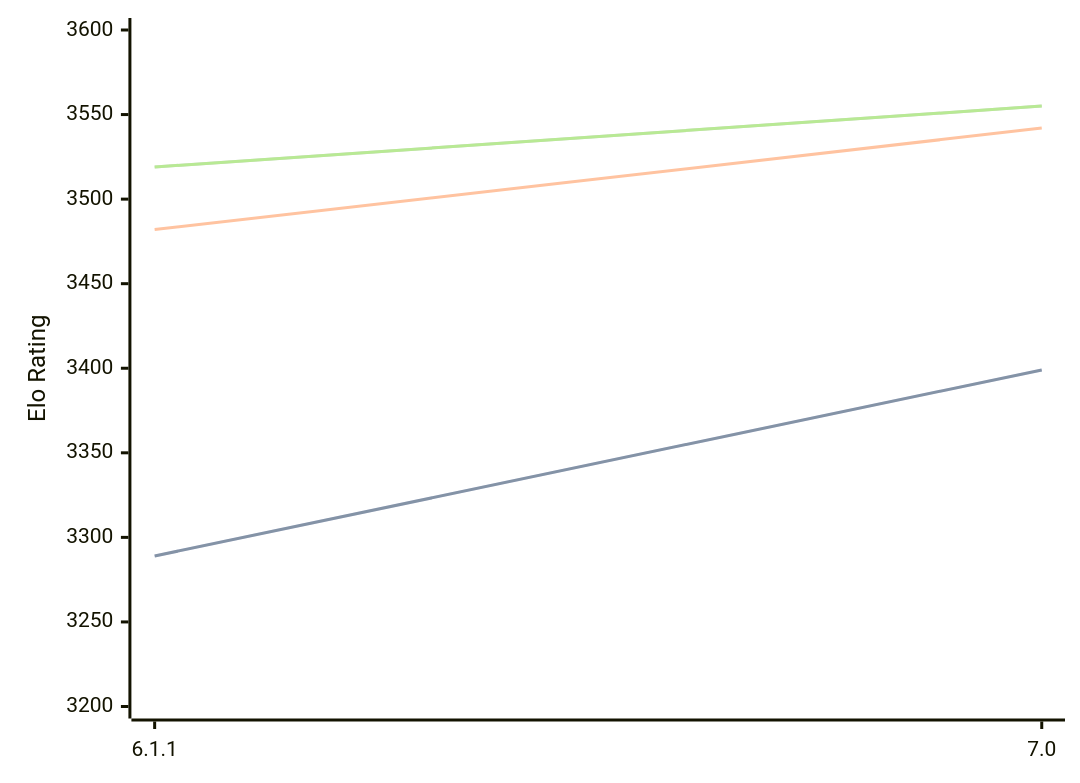
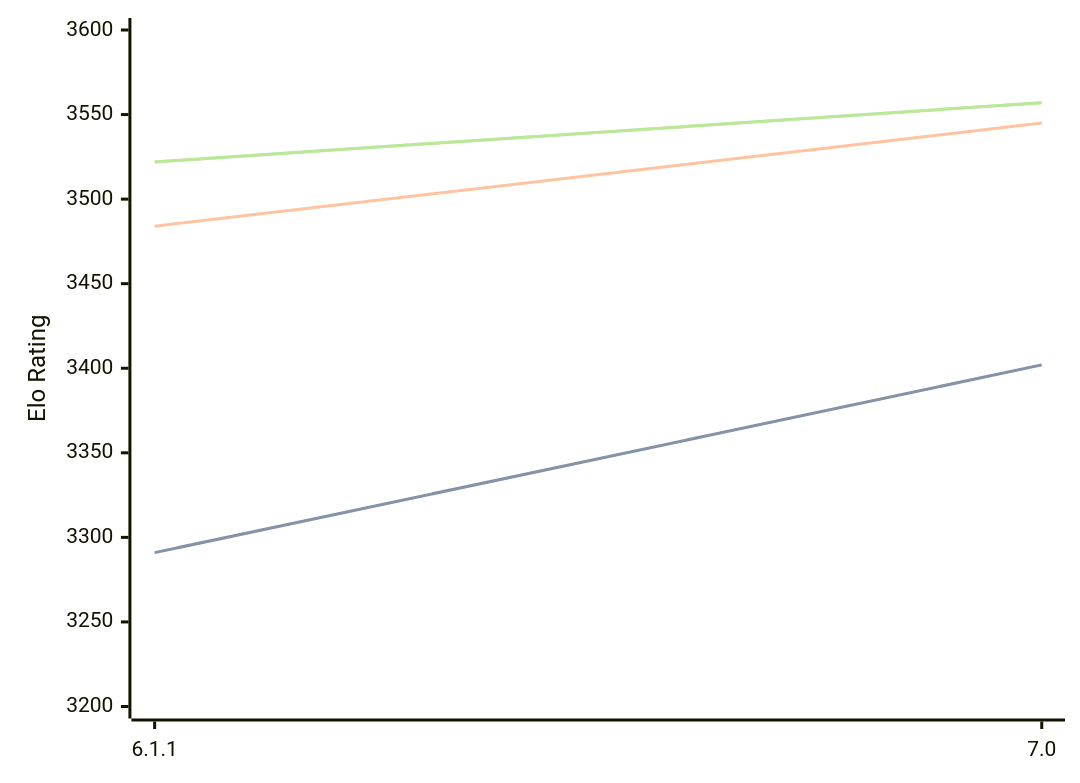
Before and after one commit to computer-chess-index/cci: the diagram in engines/Astra.md, drawn with Mermaid. The commit also changed other lines of this file, not shown here.

Commit message:
Update CCI Ratings (ELO VLTC) - 2026-09-24

````diff
--- a/engines/Astra.md
+++ b/engines/Astra.md
@@ -32,11 +32,11 @@
 ```mermaid
 %%{init: {"theme":"base","themeVariables":{"seriesColors:['#a3a3a3','#222221','#faa371']}}}%%
 xychart-beta
   x-axis ["6.1.1", "7.0"]
   y-axis "Elo Rating" 3200 --> 3600
-  line "" [3289, 3399]
-  line "STC (8.0+0.08s)" [3289, 3399]
-  line "LTC (60.0+0.60s)" [3482, 3542]
-  line "" [3519, 3555]
-  line "VLTC (2m24s+1.12s)" [3519, 3555]
+  line "" [3291, 3402]
+  line "STC (8.0+0.08s)" [3291, 3402]
+  line "LTC (60.0+0.60s)" [3484, 3545]
+  line "" [3522, 3557]
+  line "VLTC (2m24s+1.12s)" [3522, 3557]
 ```
````
